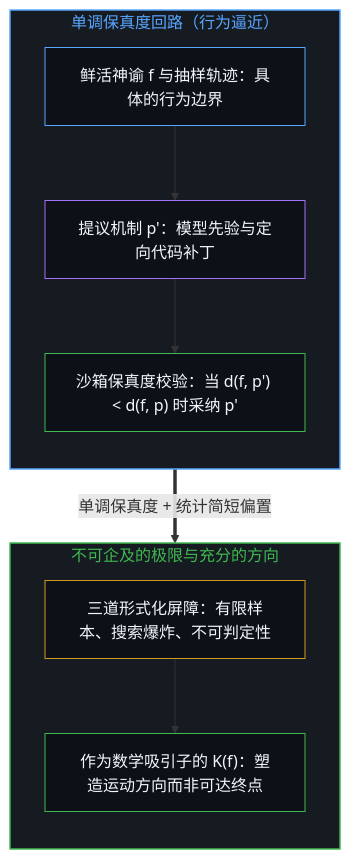
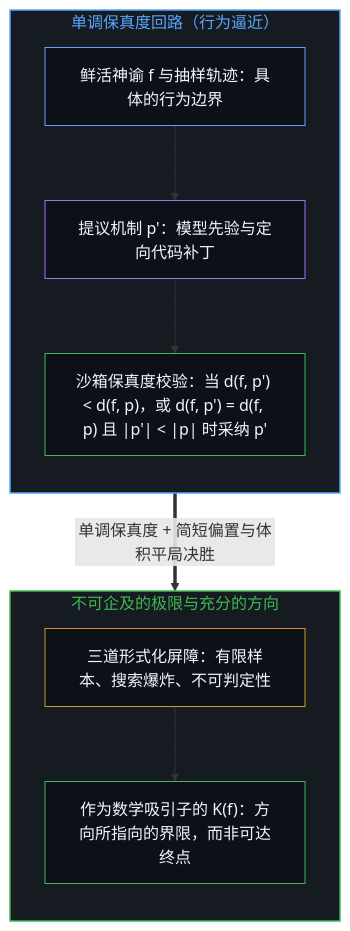
Before and after one commit to powerpig99/not-a-toe: the first of 2 diagrams in content/posts/fidelity-not-optimality.md, drawn with Mermaid. The commit also changed other lines of this file and 5 other files, not shown here.

````diff
--- a/content/posts/fidelity-not-optimality.md
+++ b/content/posts/fidelity-not-optimality.md
@@ -75,24 +75,24 @@
 ```mermaid
 flowchart TD
     subgraph S_Loop["单调保真度回路（行为逼近）"]
         direction TB
         L_Oracle["鲜活神谕 f 与抽样轨迹：具体的行为边界"]
         L_Prop["提议机制 p'：模型先验与定向代码补丁"]
-        L_Eval["沙箱保真度校验：当 d(f, p') < d(f, p) 时采纳 p'"]
+        L_Eval["沙箱保真度校验：当 d(f, p') < d(f, p)，或 d(f, p') = d(f, p) 且 |p'| < |p| 时采纳 p'"]
         L_Oracle --> L_Prop --> L_Eval
     end
     subgraph S_Limit["不可企及的极限与充分的方向"]
         direction TB
         B_Barriers["三道形式化屏障：有限样本、搜索爆炸、不可判定性"]
-        B_Attractor["作为数学吸引子的 K(f)：塑造运动方向而非可达终点"]
+        B_Attractor["作为数学吸引子的 K(f)：方向所指向的界限，而非可达终点"]
         B_Barriers --> B_Attractor
     end
-    L_Eval ==>|"单调保真度 + 统计简短偏置"| B_Barriers
+    L_Eval ==>|"单调保真度 + 简短偏置与体积平局决胜"| B_Barriers
     style S_Loop fill:#161b22,stroke:#58a6ff,stroke-width:1.5px,color:#58a6ff
     style S_Limit fill:#161b22,stroke:#3fb950,stroke-width:1.5px,color:#3fb950
     style L_Oracle fill:#0d1117,stroke:#58a6ff,stroke-width:1px,color:#f0f6fc
     style L_Prop fill:#0d1117,stroke:#a371f7,stroke-width:1px,color:#f0f6fc
     style L_Eval fill:#0d1117,stroke:#3fb950,stroke-width:1px,color:#f0f6fc
     style B_Barriers fill:#0d1117,stroke:#d29922,stroke-width:1px,color:#f0f6fc
     style B_Attractor fill:#0d1117,stroke:#3fb950,stroke-width:1px,color:#f0f6fc
 ```
````
